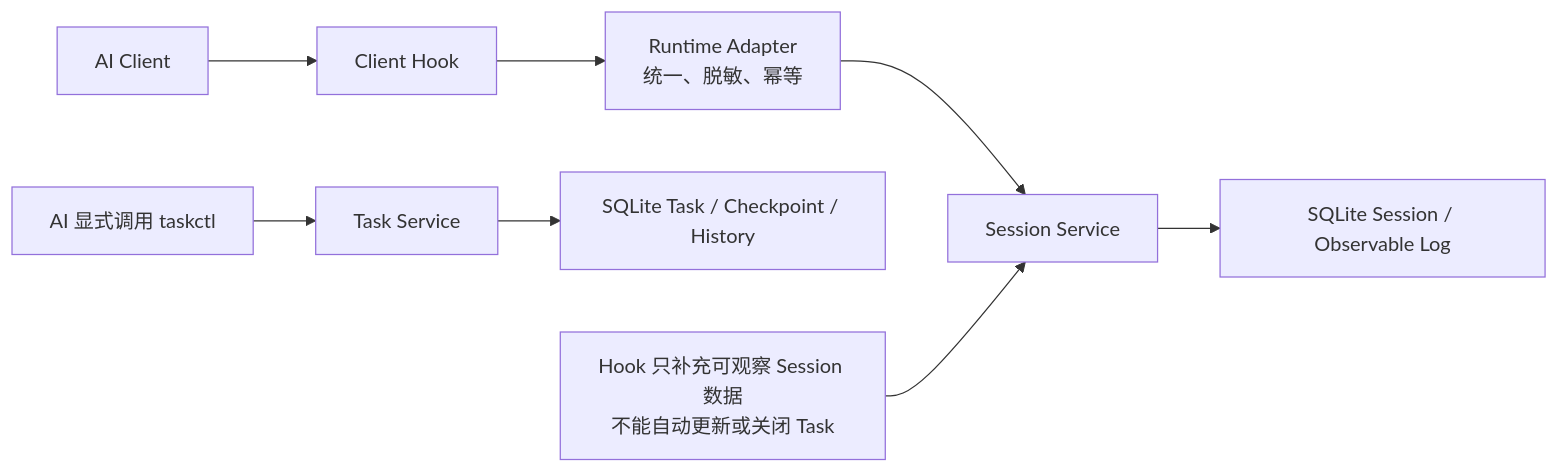
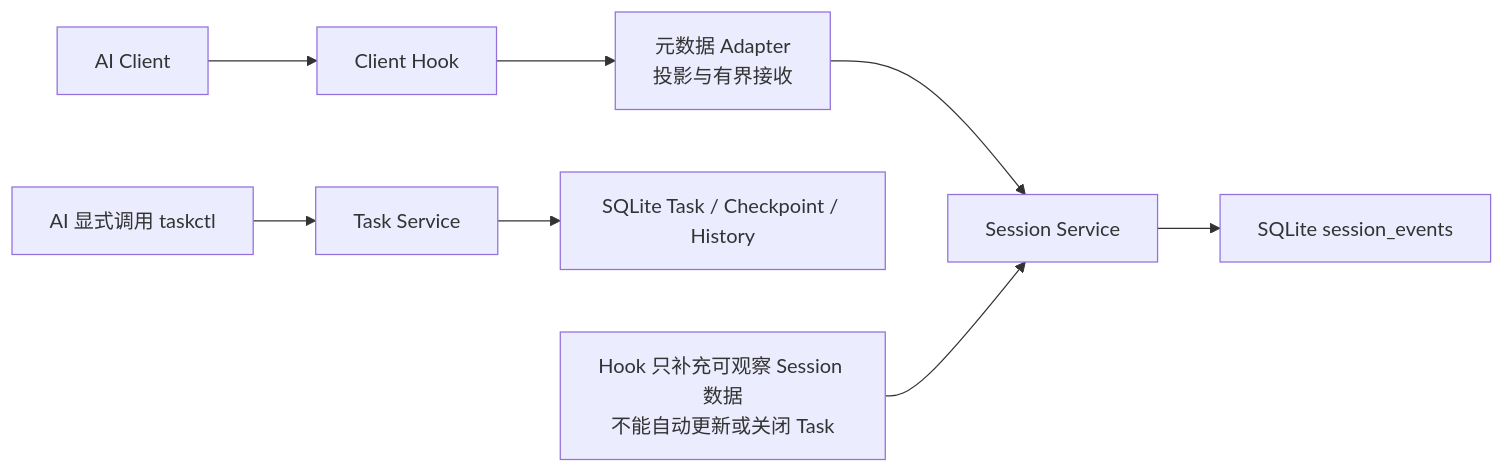
Before and after one commit to cecil-su/agent-steward: the fifth of 5 diagrams in docs/v0/10-架构与流程图.md, drawn with Mermaid. The commit also changed other lines of this file and 16 other files, not shown here.

````diff
--- a/docs/v0/10-架构与流程图.md
+++ b/docs/v0/10-架构与流程图.md
@@ -169,12 +169,12 @@
 ```mermaid
 flowchart LR
     Client["AI Client"] --> Hook["Client Hook"]
-    Hook --> Adapter["Runtime Adapter<br/>统一、脱敏、幂等"]
+    Hook --> Adapter["元数据 Adapter<br/>投影与有界接收"]
     Adapter --> SessionService["Session Service"]
-    SessionService --> SQLiteSession["SQLite Session / Observable Log"]
+    SessionService --> SQLiteSession["SQLite session_events"]
 
     Explicit["AI 显式调用 taskctl"] --> TaskService["Task Service"]
     TaskService --> SQLiteTask["SQLite Task / Checkpoint / History"]
 
     Guard["Hook 只补充可观察 Session 数据<br/>不能自动更新或关闭 Task"] --> SessionService
 ```
````
